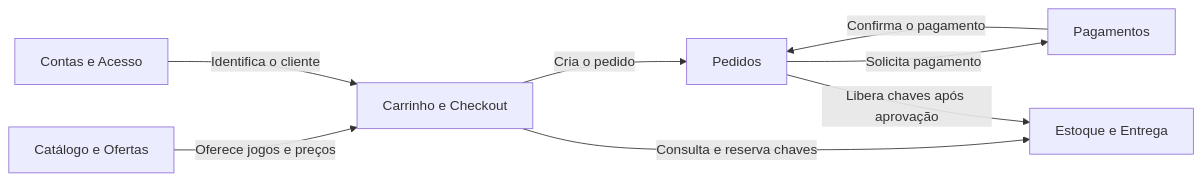
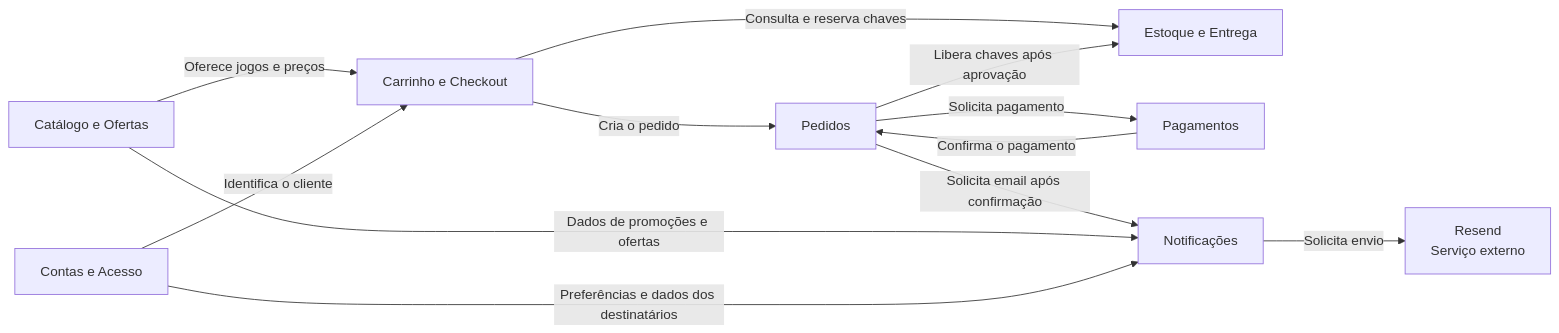
One commit to Mumurilo375/nexusFull changed the diagram in documentacao/modelagem-ddd.md. Above: the diagram before and after it, drawn with Mermaid. The commit also changed other lines of this file and 6 other files, not shown here.

````diff
--- a/documentacao/modelagem-ddd.md
+++ b/documentacao/modelagem-ddd.md
@@ -21,17 +22,23 @@
 ```mermaid
 flowchart LR
     catalogo[Catálogo e Ofertas]
     carrinho[Carrinho e Checkout]
     pedidos[Pedidos]
     estoque[Estoque e Entrega]
     pagamentos[Pagamentos]
     contas[Contas e Acesso]
+    notificacoes[Notificações]
+    resend[Resend<br/>Serviço externo]
 
     catalogo -->|Oferece jogos e preços| carrinho
     contas -->|Identifica o cliente| carrinho
     carrinho -->|Cria o pedido| pedidos
     carrinho -->|Consulta e reserva chaves| estoque
     pedidos -->|Solicita pagamento| pagamentos
     pagamentos -->|Confirma o pagamento| pedidos
     pedidos -->|Libera chaves após aprovação| estoque
+    pedidos -->|Solicita email após confirmação| notificacoes
+    catalogo -->|Dados de promoções e ofertas| notificacoes
+    contas -->|Preferências e dados dos destinatários| notificacoes
+    notificacoes -->|Solicita envio| resend
 ```
````
